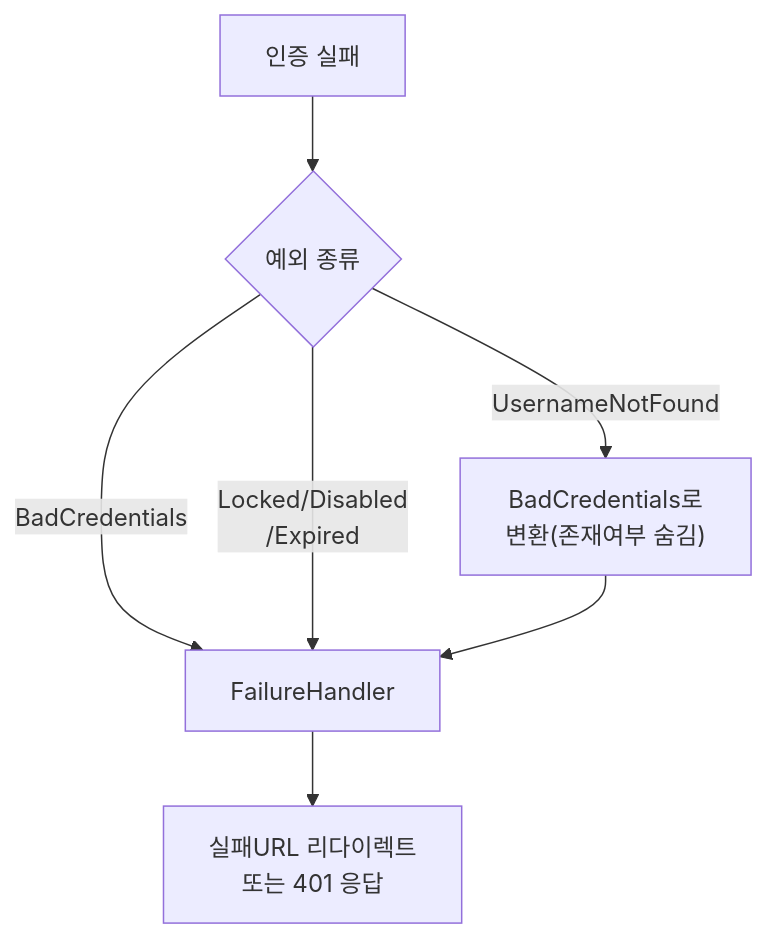
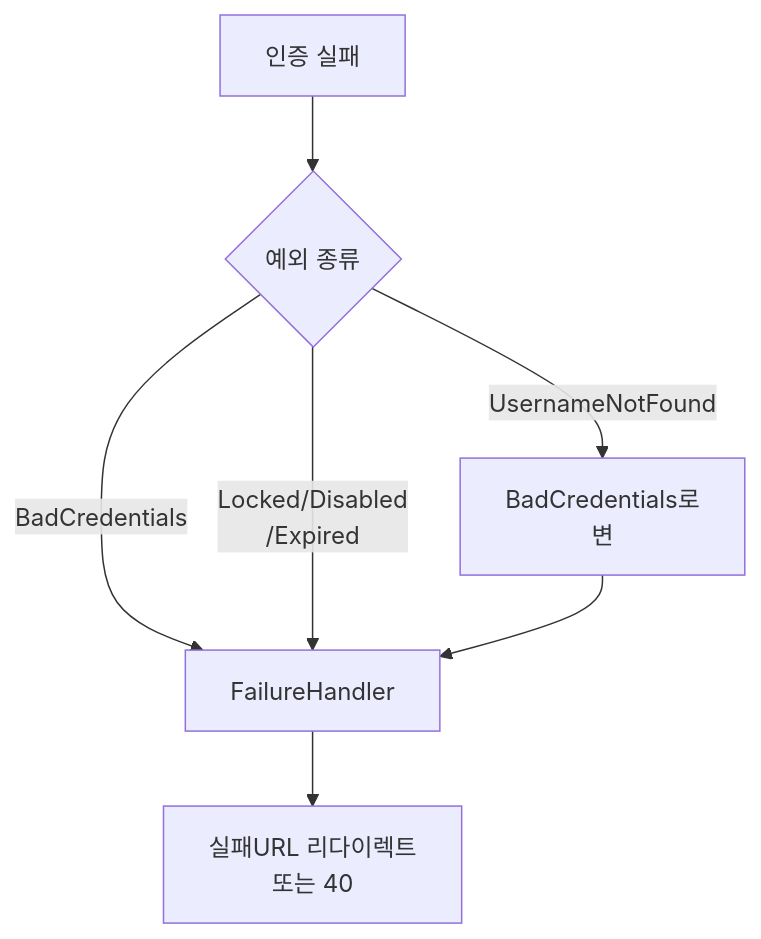
Before and after one commit to yjkim2015/yjkim2015.github.io: the second of 3 diagrams in _posts/security/2021-05-31-AuthenticationFlow.md, drawn with Mermaid. The commit also changed other lines of this file and 271 other files, not shown here.

First line of the commit message:
Mermaid 라벨 축소: 긴 노드 텍스트 18자 이하로 트림 + \n 제거

````diff
--- a/_posts/security/2021-05-31-AuthenticationFlow.md
+++ b/_posts/security/2021-05-31-AuthenticationFlow.md
@@ -143,9 +143,9 @@
 ```mermaid
 flowchart TD
     A["인증 실패"] --> B{"예외 종류"}
-    B -- "UsernameNotFound" --> C["BadCredentials로\n변환(존재여부 숨김)"]
+    B -- "UsernameNotFound" --> C["BadCredentials로\n변"]
     B -- "BadCredentials" --> D["FailureHandler"]
     B -- "Locked/Disabled\n/Expired" --> D
     C --> D
-    D --> E["실패URL 리다이렉트\n또는 401 응답"]
+    D --> E["실패URL 리다이렉트\n또는 40"]
 ```
````
